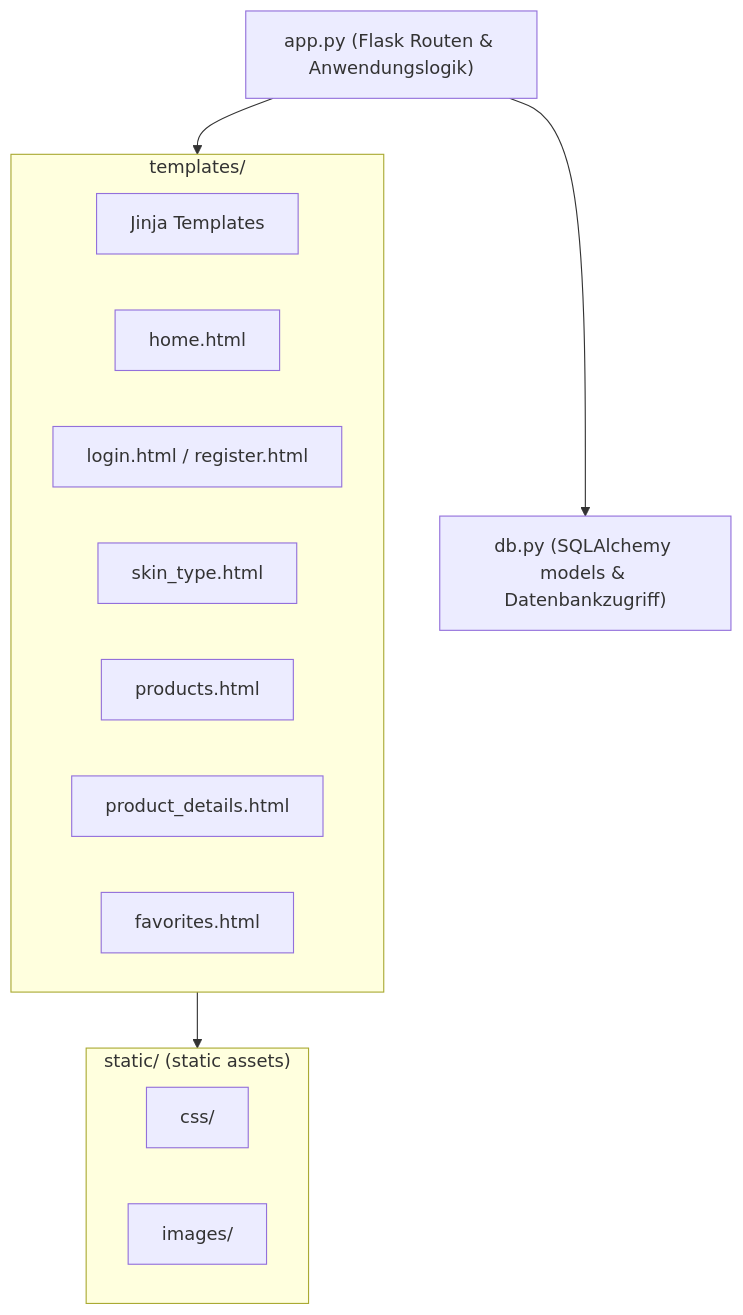
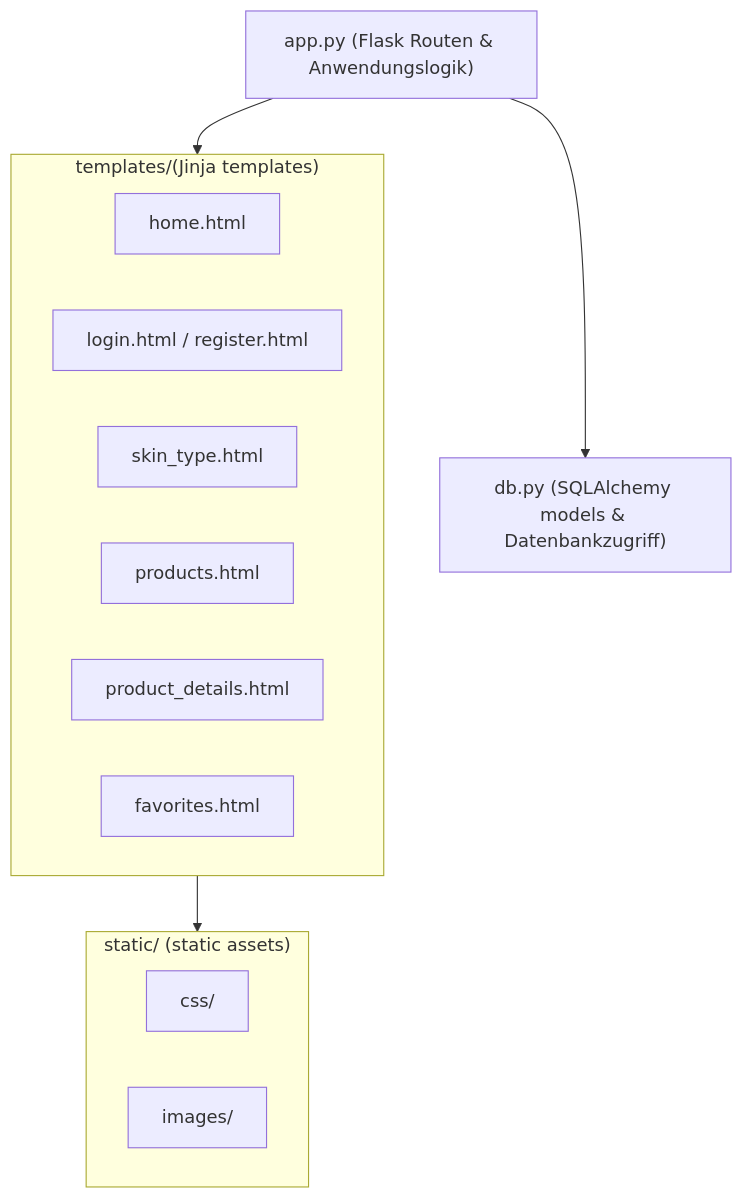
One commit to Tiberja/SkinSense changed the diagram in docs/technical-docs/architecture.md. Above: the diagram before and after it, drawn with Mermaid.

````diff
--- a/docs/technical-docs/architecture.md
+++ b/docs/technical-docs/architecture.md
@@ -39,24 +39,23 @@
 ```mermaid
 graph TD
     app["app.py (Flask Routen & Anwendungslogik)"]
     db["db.py (SQLAlchemy models & Datenbankzugriff)"]
 
-    subgraph Templates["templates/"]
-      label["Jinja Templates"]
+    subgraph Templates["templates/(Jinja templates)"]
       t_home["home.html"]
       t_login["login.html / register.html"]
       t_skin["skin_type.html"]
       t_products["products.html"]
       t_details["product_details.html"]
       t_fav["favorites.html"]
     end
 
     subgraph Static["static/ (static assets)"]
       css["css/"]
       imgs["images/"]
     end
 
     app --> db
     app --> Templates
     Templates --> Static
 ```
````
